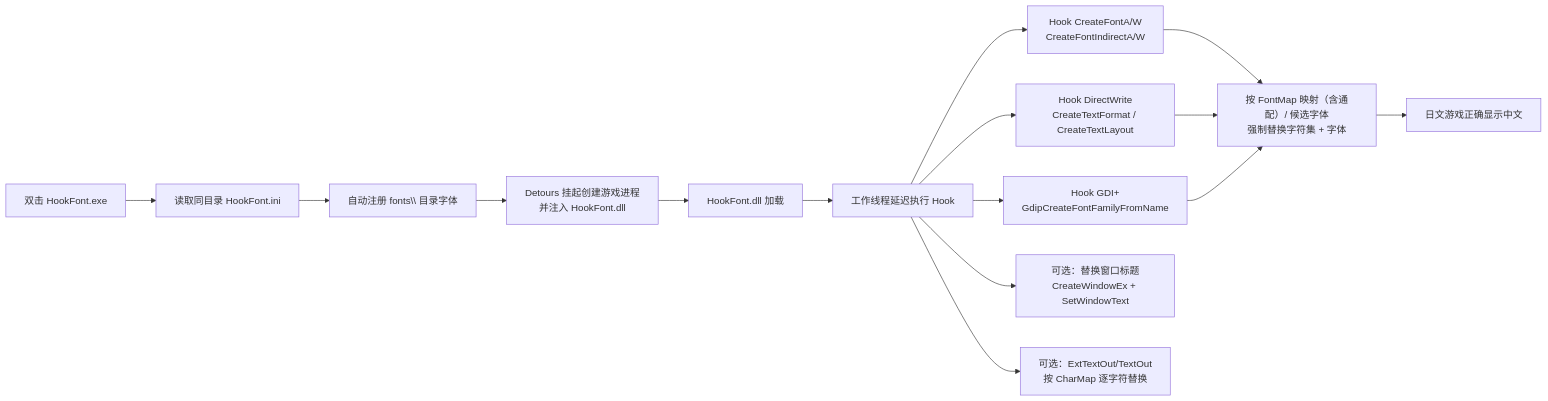
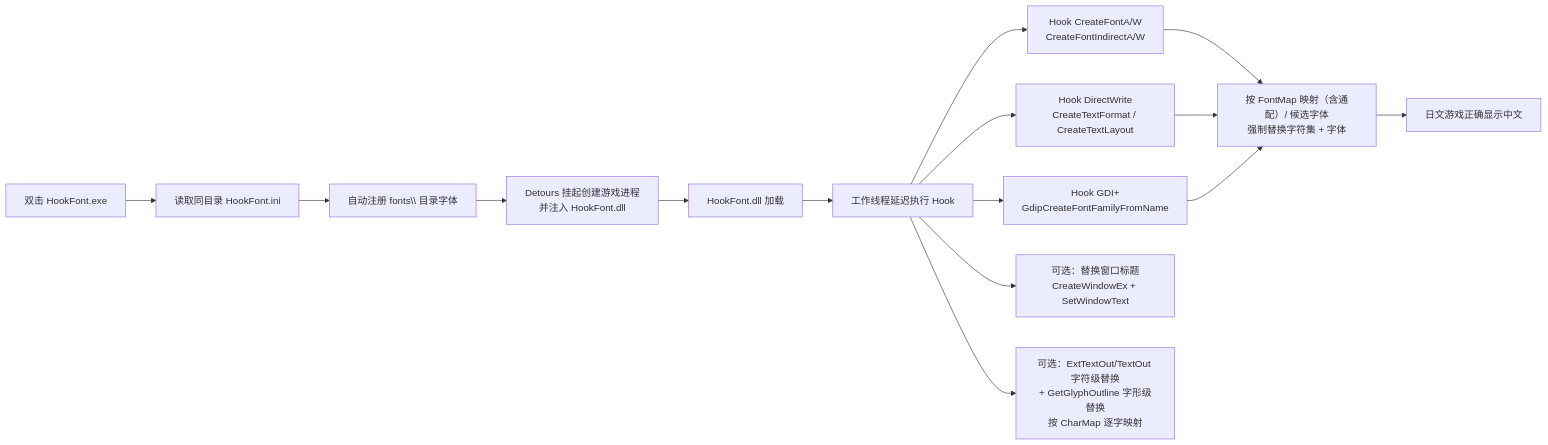
The diagram in README.md (isTurn/HookFont-Test), drawn with Mermaid before and after one commit. The commit also changed other lines of this file and 9 other files, not shown here.

Commit message:
feat: GetGlyphOutlineA/W glyph-level replacement via [CharMap]

````diff
--- a/README.md
+++ b/README.md
@@ -63,17 +64,17 @@
 ```mermaid
 flowchart LR
     A[双击 HookFont.exe] --> B[读取同目录 HookFont.ini]
     B --> B2[自动注册 fonts\\ 目录字体]
     B2 --> C[Detours 挂起创建游戏进程<br/>并注入 HookFont.dll]
     C --> D[HookFont.dll 加载]
     D --> E[工作线程延迟执行 Hook]
     E --> F[Hook CreateFontA/W<br/>CreateFontIndirectA/W]
     E --> G[Hook DirectWrite<br/>CreateTextFormat / CreateTextLayout]
     E --> G2[Hook GDI+<br/>GdipCreateFontFamilyFromName]
     F --> H[按 FontMap 映射（含通配）/ 候选字体<br/>强制替换字符集 + 字体]
     G --> H
     G2 --> H
     H --> I[日文游戏正确显示中文]
     E --> J[可选：替换窗口标题<br/>CreateWindowEx + SetWindowText]
-    E --> K[可选：ExtTextOut/TextOut<br/>按 CharMap 逐字符替换]
+    E --> K[可选：ExtTextOut/TextOut 字符级替换<br/>+ GetGlyphOutline 字形级替换<br/>按 CharMap 逐字映射]
 ```
````
